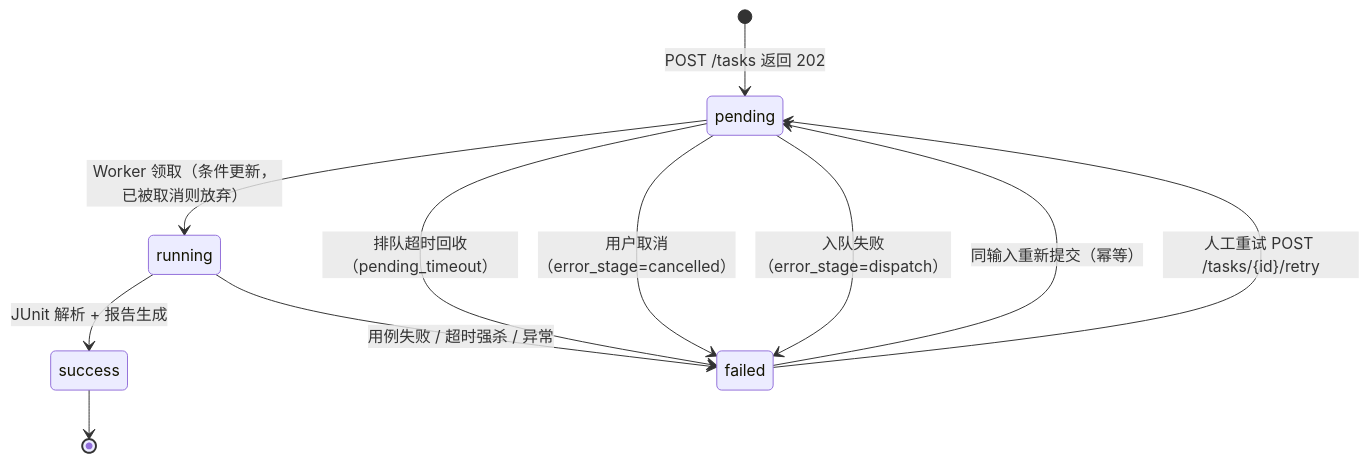
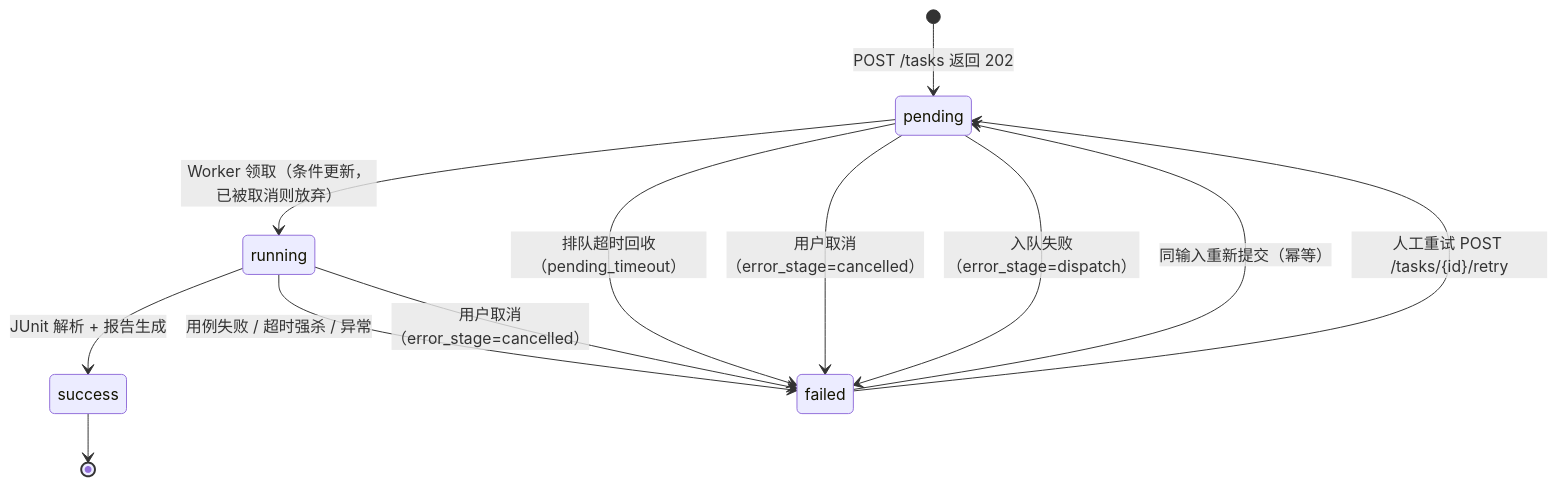
One commit to Testamentt/ApiTestPlatform_Backend changed the second of 3 diagrams in docs/database.md. Above: the diagram before and after it, drawn with Mermaid. The commit also changed other lines of this file and 7 other files, not shown here.

Commit message:
docs: 与实现对齐的事实修正 11 处（cancel 口径/result_summary 枚举/untested_ops active/README data.id/状态图补边）

````diff
--- a/docs/database.md
+++ b/docs/database.md
@@ -152,13 +152,14 @@
 ```mermaid
 stateDiagram-v2
     [*] --> pending: POST /tasks 返回 202
     pending --> running: Worker 领取（条件更新，已被取消则放弃）
     running --> success: JUnit 解析 + 报告生成
     running --> failed: 用例失败 / 超时强杀 / 异常
+    running --> failed: 用户取消（error_stage=cancelled）
     pending --> failed: 排队超时回收（pending_timeout）
     pending --> failed: 用户取消（error_stage=cancelled）
     pending --> failed: 入队失败（error_stage=dispatch）
     failed --> pending: 同输入重新提交（幂等）
     failed --> pending: 人工重试 POST /tasks/{id}/retry
     success --> [*]
 ```
````
